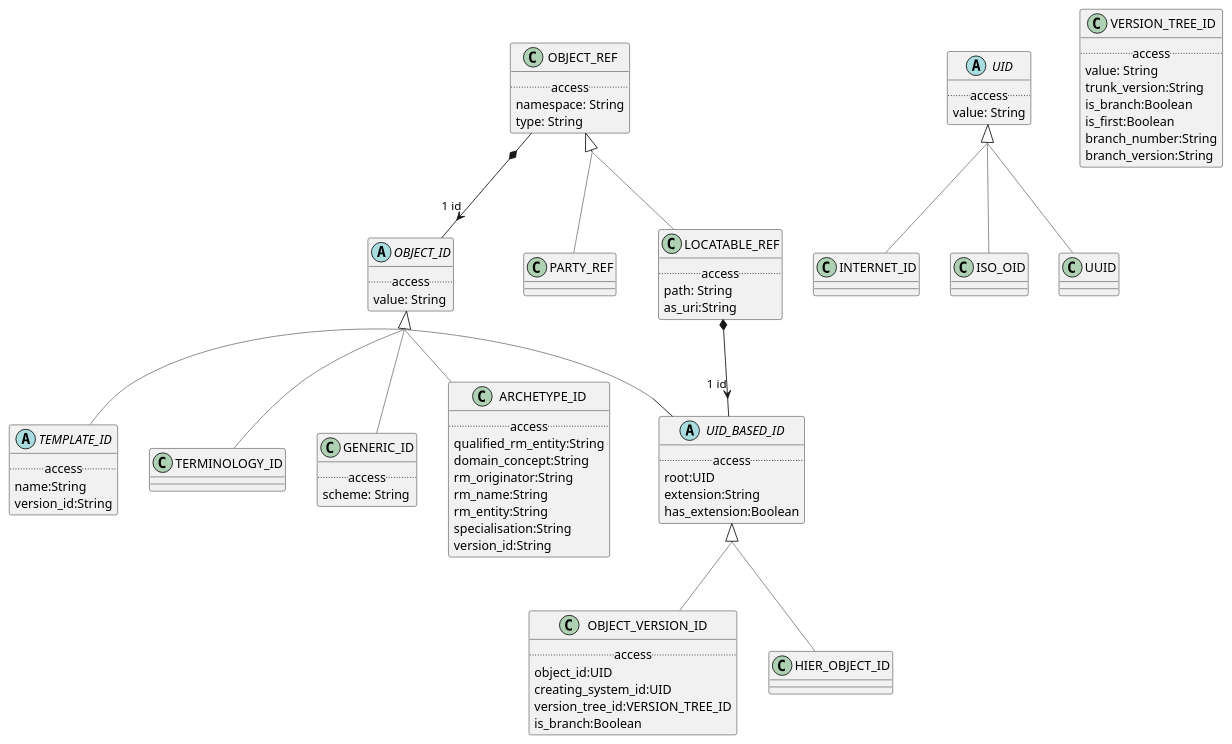
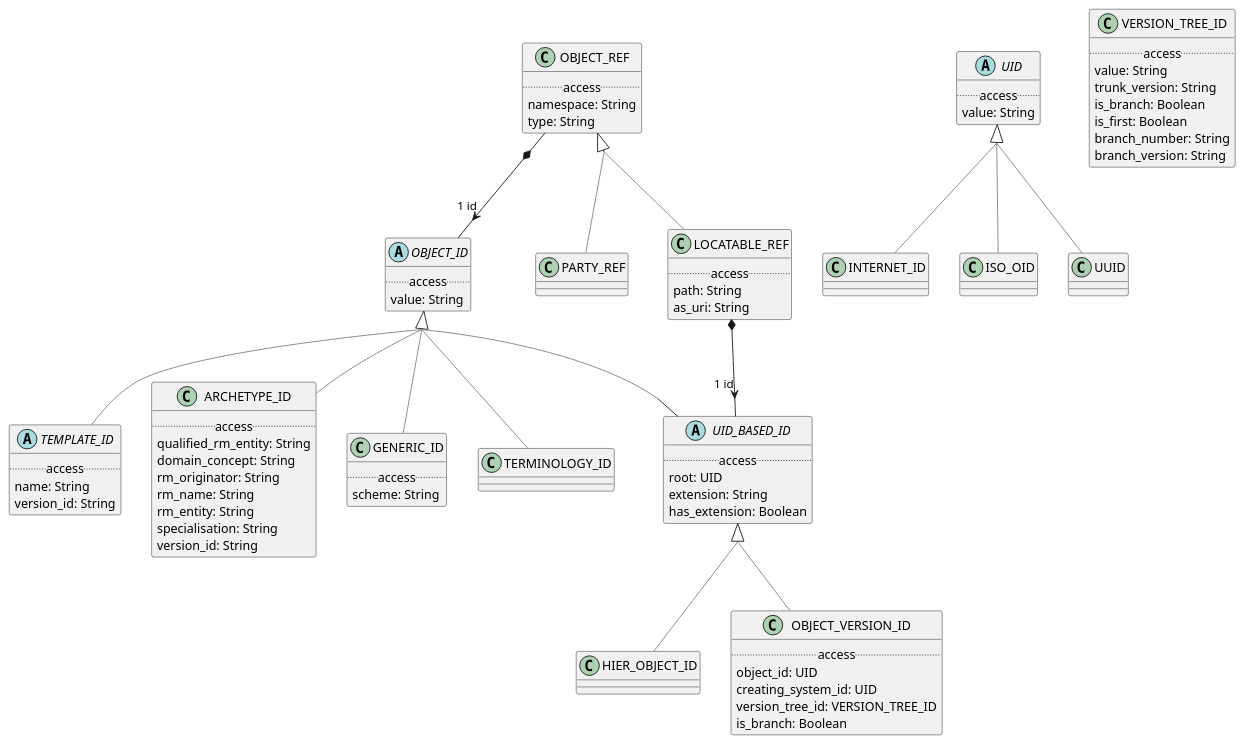
Before and after one commit to wolandscat/openehr-doc: the diagram in modules/ROOT/examples/bmm/representation/identification/identification-package-uml.adoc, drawn with PlantUML. The commit also changed 293 other files, not shown here.

Commit message:
Regen with tweaks to UML output and correct metatypes for nested generics.

```diff
--- a/modules/ROOT/examples/bmm/representation/identification/identification-package-uml.adoc
+++ b/modules/ROOT/examples/bmm/representation/identification/identification-package-uml.adoc
@@ -4,47 +4,6 @@
 ....
 skinparam groupInheritance 2
 skinparam citedClassColor #FDFDFD
-
-
-abstract class TEMPLATE_ID [[/openehr-doc/latest/representation/identification-gen.html#_class_template_id]] {
-        .. access ..
-        name:String
-        version_id:String
-}
-
-TEMPLATE_ID -[#gray]up-|> OBJECT_ID  
-
-
-class TERMINOLOGY_ID [[/openehr-doc/latest/representation/identification-gen.html#_class_terminology_id]] {
-}
-
-TERMINOLOGY_ID -[#gray]up-|> OBJECT_ID  
-
-
-class INTERNET_ID [[/openehr-doc/latest/representation/identification-gen.html#_class_internet_id]] {
-}
-
-INTERNET_ID -[#gray]up-|> UID  
-
-
-class GENERIC_ID [[/openehr-doc/latest/representation/identification-gen.html#_class_generic_id]] {
-        .. access ..
-        scheme: String
-}
-
-GENERIC_ID -[#gray]up-|> OBJECT_ID  
-
-
-class ISO_OID [[/openehr-doc/latest/representation/identification-gen.html#_class_iso_oid]] {
-}
-
-ISO_OID -[#gray]up-|> UID  
-
-
-class PARTY_REF [[/openehr-doc/latest/representation/identification-gen.html#_class_party_ref]] {
-}
-
-PARTY_REF -[#gray]up-|> OBJECT_REF  
 
 
 class OBJECT_REF [[/openehr-doc/latest/representation/identification-gen.html#_class_object_ref]] {
@@ -56,43 +15,109 @@
 
 OBJECT_REF *--> "1 id" OBJECT_ID
 
+class INTERNET_ID [[/openehr-doc/latest/representation/identification-gen.html#_class_internet_id]] {
+}
+
+INTERNET_ID -[#gray]up-|> UID  
+
+
+abstract class UID [[/openehr-doc/latest/representation/identification-gen.html#_class_uid]] {
+        .. access ..
+        value: String
+}
+
+
+class VERSION_TREE_ID [[/openehr-doc/latest/representation/identification-gen.html#_class_version_tree_id]] {
+        .. access ..
+        value: String
+        trunk_version: String
+        is_branch: Boolean
+        is_first: Boolean
+        branch_number: String
+        branch_version: String
+}
+
+
+abstract class TEMPLATE_ID [[/openehr-doc/latest/representation/identification-gen.html#_class_template_id]] {
+        .. access ..
+        name: String
+        version_id: String
+}
+
+TEMPLATE_ID -[#gray]up-|> OBJECT_ID  
+
+
+class ISO_OID [[/openehr-doc/latest/representation/identification-gen.html#_class_iso_oid]] {
+}
+
+ISO_OID -[#gray]up-|> UID  
+
+
+class HIER_OBJECT_ID [[/openehr-doc/latest/representation/identification-gen.html#_class_hier_object_id]] {
+}
+
+HIER_OBJECT_ID -[#gray]up-|> UID_BASED_ID  
+
+
+abstract class UID_BASED_ID [[/openehr-doc/latest/representation/identification-gen.html#_class_uid_based_id]] {
+        .. access ..
+        root: UID
+        extension: String
+        has_extension: Boolean
+}
+
+UID_BASED_ID -[#gray]up-|> OBJECT_ID  
+
+
+class ARCHETYPE_ID [[/openehr-doc/latest/representation/identification-gen.html#_class_archetype_id]] {
+        .. access ..
+        qualified_rm_entity: String
+        domain_concept: String
+        rm_originator: String
+        rm_name: String
+        rm_entity: String
+        specialisation: String
+        version_id: String
+}
+
+ARCHETYPE_ID -[#gray]up-|> OBJECT_ID  
+
+
+class GENERIC_ID [[/openehr-doc/latest/representation/identification-gen.html#_class_generic_id]] {
+        .. access ..
+        scheme: String
+}
+
+GENERIC_ID -[#gray]up-|> OBJECT_ID  
+
+
+class OBJECT_VERSION_ID [[/openehr-doc/latest/representation/identification-gen.html#_class_object_version_id]] {
+        .. access ..
+        object_id: UID
+        creating_system_id: UID
+        version_tree_id: VERSION_TREE_ID
+        is_branch: Boolean
+}
+
+OBJECT_VERSION_ID -[#gray]up-|> UID_BASED_ID  
+
+
+class TERMINOLOGY_ID [[/openehr-doc/latest/representation/identification-gen.html#_class_terminology_id]] {
+}
+
+TERMINOLOGY_ID -[#gray]up-|> OBJECT_ID  
+
+
 abstract class OBJECT_ID [[/openehr-doc/latest/representation/identification-gen.html#_class_object_id]] {
         .. access ..
         value: String
 }
 
 
-class LOCATABLE_REF [[/openehr-doc/latest/representation/identification-gen.html#_class_locatable_ref]] {
-        .. access ..
-        path: String
-        as_uri:String
+class PARTY_REF [[/openehr-doc/latest/representation/identification-gen.html#_class_party_ref]] {
 }
 
-LOCATABLE_REF -[#gray]up-|> OBJECT_REF  
-
-
-LOCATABLE_REF *--> "1 id" UID_BASED_ID
-
-class VERSION_TREE_ID [[/openehr-doc/latest/representation/identification-gen.html#_class_version_tree_id]] {
-        .. access ..
-        value: String
-        trunk_version:String
-        is_branch:Boolean
-        is_first:Boolean
-        branch_number:String
-        branch_version:String
-}
-
-
-class OBJECT_VERSION_ID [[/openehr-doc/latest/representation/identification-gen.html#_class_object_version_id]] {
-        .. access ..
-        object_id:UID
-        creating_system_id:UID
-        version_tree_id:VERSION_TREE_ID
-        is_branch:Boolean
-}
-
-OBJECT_VERSION_ID -[#gray]up-|> UID_BASED_ID  
+PARTY_REF -[#gray]up-|> OBJECT_REF  
 
 
 class UUID [[/openehr-doc/latest/representation/identification-gen.html#_class_uuid]] {
@@ -101,40 +126,15 @@
 UUID -[#gray]up-|> UID  
 
 
-abstract class UID [[/openehr-doc/latest/representation/identification-gen.html#_class_uid]] {
+class LOCATABLE_REF [[/openehr-doc/latest/representation/identification-gen.html#_class_locatable_ref]] {
         .. access ..
-        value: String
+        path: String
+        as_uri: String
 }
 
-
-abstract class UID_BASED_ID [[/openehr-doc/latest/representation/identification-gen.html#_class_uid_based_id]] {
-        .. access ..
-        root:UID
-        extension:String
-        has_extension:Boolean
-}
-
-UID_BASED_ID -[#gray]up-|> OBJECT_ID  
+LOCATABLE_REF -[#gray]up-|> OBJECT_REF  
 
 
-class HIER_OBJECT_ID [[/openehr-doc/latest/representation/identification-gen.html#_class_hier_object_id]] {
-}
-
-HIER_OBJECT_ID -[#gray]up-|> UID_BASED_ID  
-
-
-class ARCHETYPE_ID [[/openehr-doc/latest/representation/identification-gen.html#_class_archetype_id]] {
-        .. access ..
-        qualified_rm_entity:String
-        domain_concept:String
-        rm_originator:String
-        rm_name:String
-        rm_entity:String
-        specialisation:String
-        version_id:String
-}
-
-ARCHETYPE_ID -[#gray]up-|> OBJECT_ID  
-
+LOCATABLE_REF *--> "1 id" UID_BASED_ID
 
 ....
```
